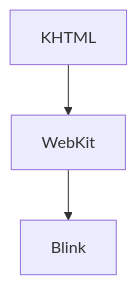
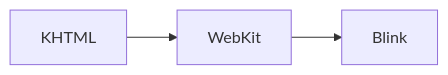
One commit to chimera-skeleton/scoheart-nextra-blog changed the diagram in pages/web-development/browser/index.md. Above: the diagram before and after it, drawn with Mermaid. The commit also changed other lines of this file, not shown here.

````diff
--- a/pages/web-development/browser/index.md
+++ b/pages/web-development/browser/index.md
@@ -19,4 +19,4 @@
 ```mermaid
-graph TD
+graph LR
    KHTML --> WebKit --> Blink
 ```
````
